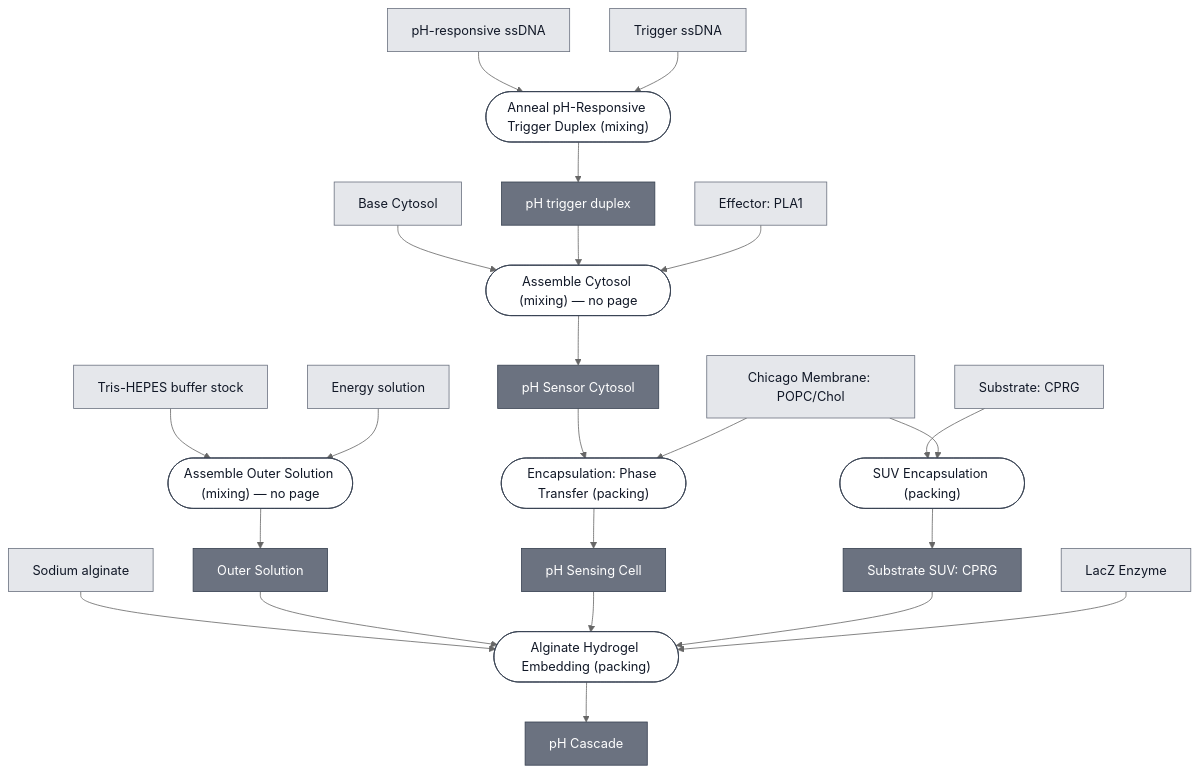
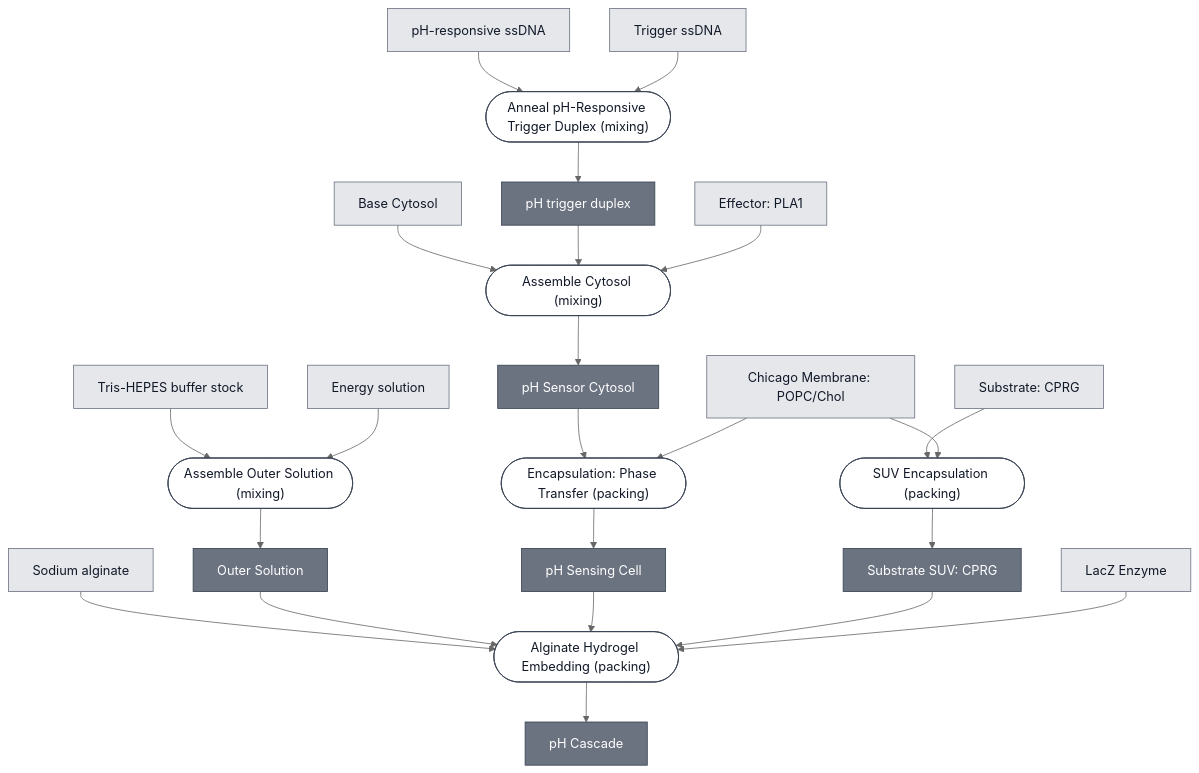
The diagram in docs/modules/ph-cascade/spec.md (nucleus-eng/nucleus-docs), drawn with Mermaid (neutral theme) before and after one commit. The commit also changed 26 other files, not shown here.

````diff
--- a/docs/modules/ph-cascade/spec.md
+++ b/docs/modules/ph-cascade/spec.md
@@ -35,78 +35,80 @@
 ```mermaid
 flowchart TD
     BASE_CYTOSOL["Base Cytosol"]
     PH_RESPONSIVE_SSDNA["pH-responsive ssDNA"]
     TRIGGER_SSDNA["Trigger ssDNA"]
     EFFECTOR_PLA1["Effector: PLA1"]
     MEMBRANE_CHICAGO["Chicago Membrane: POPC/Chol"]
     SUBSTRATE_CPRG["Substrate: CPRG"]
     REPORTER_LACZ_ENZYME["LacZ Enzyme"]
     ALGINATE["Sodium alginate"]
     TRIS_HEPES_STOCK["Tris-HEPES buffer stock"]
     ENERGY_SOLUTION["Energy solution"]
 
-    P1_ASSEMBLE_OUTER_SOLUTION_0(["Assemble Outer Solution (mixing) — no page"])
+    P1_ASSEMBLE_OUTER_SOLUTION_0(["Assemble Outer Solution (mixing)"])
     CHICAGO_OUTER_SOLUTION["Outer Solution"]
     P2_ANNEAL_TRIGGER_DUPLEX_0(["Anneal pH-Responsive Trigger Duplex (mixing)"])
     PH_TRIGGER_DUPLEX["pH trigger duplex"]
-    P3_ASSEMBLE_CYTOSOL_0(["Assemble Cytosol (mixing) — no page"])
+    P3_ASSEMBLE_CYTOSOL_0(["Assemble Cytosol (mixing)"])
     PH_SENSOR_CYTOSOL["pH Sensor Cytosol"]
     P4_ENCAPSULATE_0(["Encapsulation: Phase Transfer (packing)"])
     PH_SENSING_CELL["pH Sensing Cell"]
     P5_ENCAPSULATE_SUBSTRATE_SUV_0(["SUV Encapsulation (packing)"])
     SUBSTRATE_CPRG_SUV["Substrate SUV: CPRG"]
     P6_EMBED_ALGINATE_0(["Alginate Hydrogel Embedding (packing)"])
     PH_CASCADE["pH Cascade"]
 
     TRIS_HEPES_STOCK --> P1_ASSEMBLE_OUTER_SOLUTION_0
     ENERGY_SOLUTION --> P1_ASSEMBLE_OUTER_SOLUTION_0
     P1_ASSEMBLE_OUTER_SOLUTION_0 --> CHICAGO_OUTER_SOLUTION
 
     PH_RESPONSIVE_SSDNA --> P2_ANNEAL_TRIGGER_DUPLEX_0
     TRIGGER_SSDNA --> P2_ANNEAL_TRIGGER_DUPLEX_0
     P2_ANNEAL_TRIGGER_DUPLEX_0 --> PH_TRIGGER_DUPLEX
 
     BASE_CYTOSOL --> P3_ASSEMBLE_CYTOSOL_0
     PH_TRIGGER_DUPLEX --> P3_ASSEMBLE_CYTOSOL_0
     EFFECTOR_PLA1 --> P3_ASSEMBLE_CYTOSOL_0
     P3_ASSEMBLE_CYTOSOL_0 --> PH_SENSOR_CYTOSOL
 
     PH_SENSOR_CYTOSOL --> P4_ENCAPSULATE_0
     MEMBRANE_CHICAGO --> P4_ENCAPSULATE_0
     P4_ENCAPSULATE_0 --> PH_SENSING_CELL
 
     SUBSTRATE_CPRG --> P5_ENCAPSULATE_SUBSTRATE_SUV_0
     MEMBRANE_CHICAGO --> P5_ENCAPSULATE_SUBSTRATE_SUV_0
     P5_ENCAPSULATE_SUBSTRATE_SUV_0 --> SUBSTRATE_CPRG_SUV
 
     ALGINATE --> P6_EMBED_ALGINATE_0
     CHICAGO_OUTER_SOLUTION --> P6_EMBED_ALGINATE_0
     PH_SENSING_CELL --> P6_EMBED_ALGINATE_0
     SUBSTRATE_CPRG_SUV --> P6_EMBED_ALGINATE_0
     REPORTER_LACZ_ENZYME --> P6_EMBED_ALGINATE_0
     P6_EMBED_ALGINATE_0 --> PH_CASCADE
 
 
     classDef leaf     fill:#e5e7eb,stroke:#6b7280,color:#111827;
     classDef composed fill:#6b7280,stroke:#374151,color:#ffffff;
     classDef process  fill:#ffffff,stroke:#374151,color:#111827;
     class BASE_CYTOSOL,PH_RESPONSIVE_SSDNA,TRIGGER_SSDNA,EFFECTOR_PLA1,MEMBRANE_CHICAGO,SUBSTRATE_CPRG,REPORTER_LACZ_ENZYME,ALGINATE,TRIS_HEPES_STOCK,ENERGY_SOLUTION leaf;
     class CHICAGO_OUTER_SOLUTION,PH_TRIGGER_DUPLEX,PH_SENSOR_CYTOSOL,PH_SENSING_CELL,SUBSTRATE_CPRG_SUV,PH_CASCADE composed;
     class P1_ASSEMBLE_OUTER_SOLUTION_0,P2_ANNEAL_TRIGGER_DUPLEX_0,P3_ASSEMBLE_CYTOSOL_0,P4_ENCAPSULATE_0,P5_ENCAPSULATE_SUBSTRATE_SUV_0,P6_EMBED_ALGINATE_0 process;
 
     click BASE_CYTOSOL "/docs/modules/base-cytosol/spec"
     click EFFECTOR_PLA1 "/docs/modules/effector-pla1/spec"
     click MEMBRANE_CHICAGO "/docs/modules/membrane-popc-chol-chicago/spec"
     click SUBSTRATE_CPRG "/docs/modules/substrate-cprg/spec"
     click REPORTER_LACZ_ENZYME "/docs/modules/reporter-lacz-enzyme/spec"
     click ALGINATE "/docs/modules/gel-alginate/spec"
+    click P1_ASSEMBLE_OUTER_SOLUTION_0 "/docs/processes/assemble-outer-solution/main"
     click P2_ANNEAL_TRIGGER_DUPLEX_0 "/docs/processes/anneal-ph-trigger-duplex/main"
     click PH_TRIGGER_DUPLEX "/docs/modules/detector-ph/spec"
+    click P3_ASSEMBLE_CYTOSOL_0 "/docs/processes/assemble-cytosol/assemble-cytosol-main"
     click PH_SENSOR_CYTOSOL "/docs/modules/ph-sensor-cytosol/spec"
     click P4_ENCAPSULATE_0 "/docs/processes/assemble-base-cell/main"
     click PH_SENSING_CELL "/docs/modules/ph-sensing-cell/spec"
     click P5_ENCAPSULATE_SUBSTRATE_SUV_0 "/docs/processes/encapsulate-suv/main"
     click SUBSTRATE_CPRG_SUV "/docs/modules/substrate-cprg-suv/spec"
     click P6_EMBED_ALGINATE_0 "/docs/processes/embed-alginate-hydrogel/main"
     click PH_CASCADE "/docs/modules/ph-cascade/spec"
 ```
````
